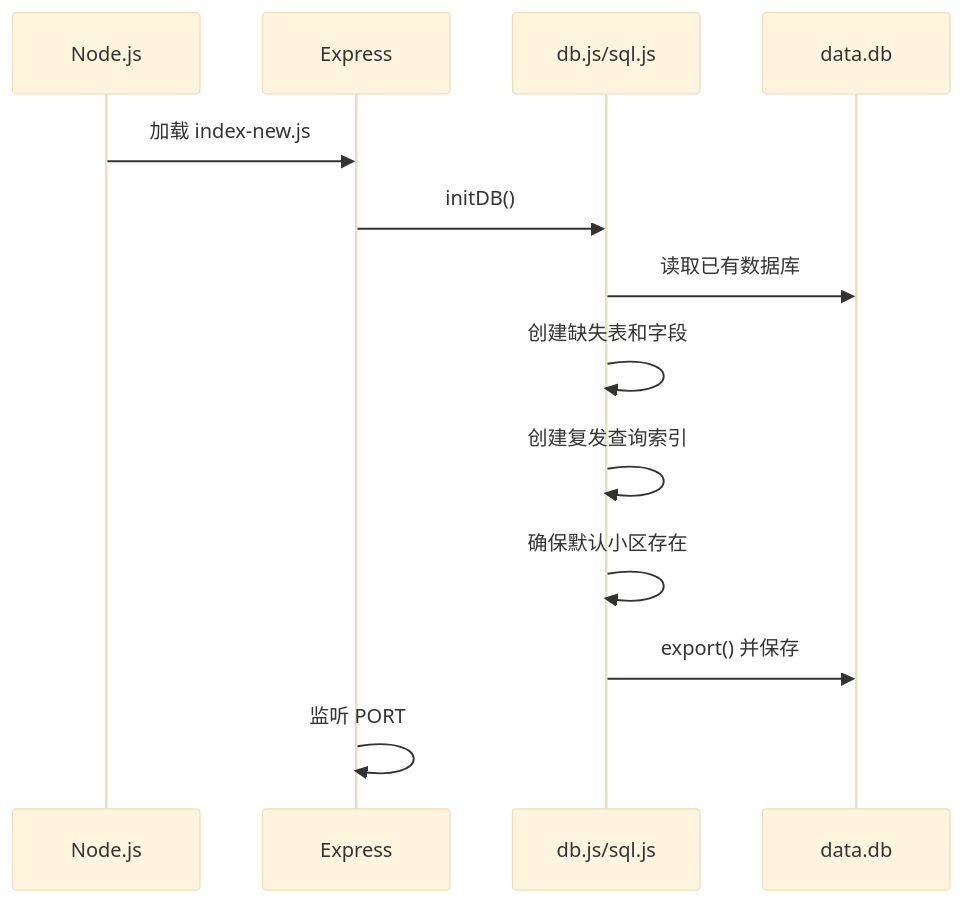
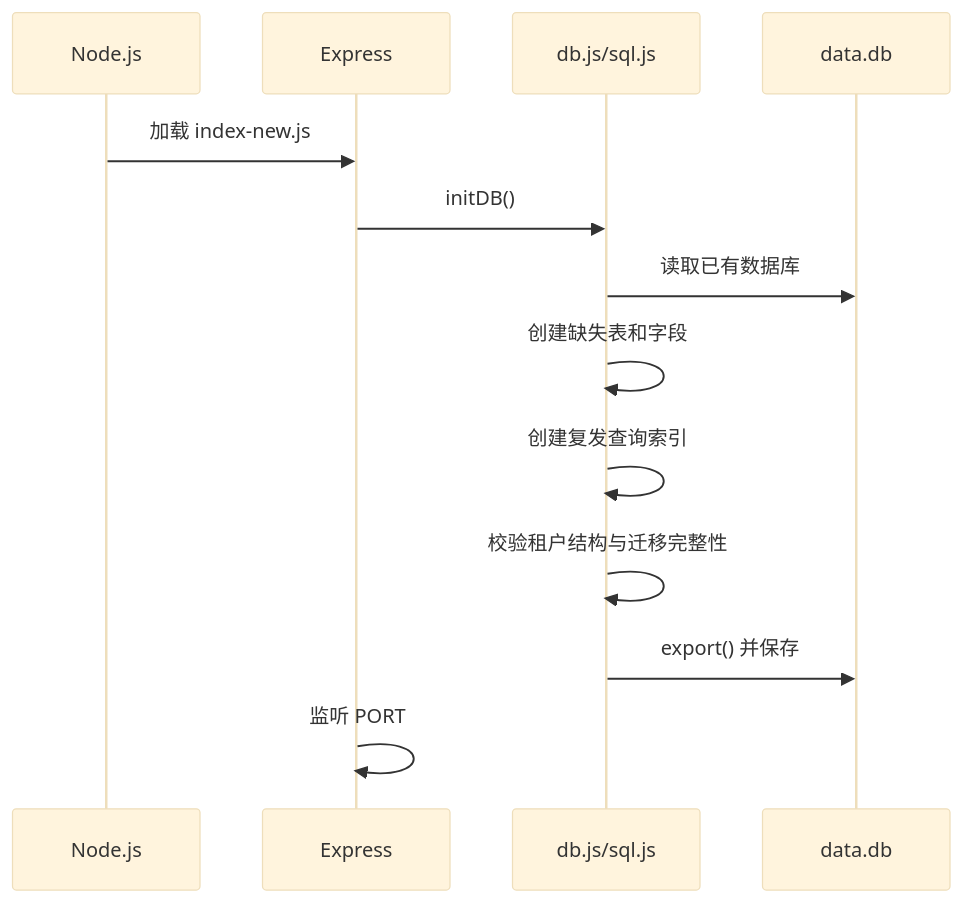
Before and after one commit to yh169499-rgb/property-oa: the second of 5 diagrams in 介绍.md, drawn with Mermaid (base theme). The commit also changed other lines of this file and 115 other files, not shown here.

````diff
--- a/介绍.md
+++ b/介绍.md
@@ -142,16 +153,16 @@
 ```mermaid
 sequenceDiagram
     participant Node as Node.js
     participant App as Express
     participant DB as db.js/sql.js
     participant File as data.db
 
     Node->>App: 加载 index-new.js
     App->>DB: initDB()
     DB->>File: 读取已有数据库
     DB->>DB: 创建缺失表和字段
     DB->>DB: 创建复发查询索引
-    DB->>DB: 确保默认小区存在
+    DB->>DB: 校验租户结构与迁移完整性
     DB->>File: export() 并保存
     App->>App: 监听 PORT
 ```
````
